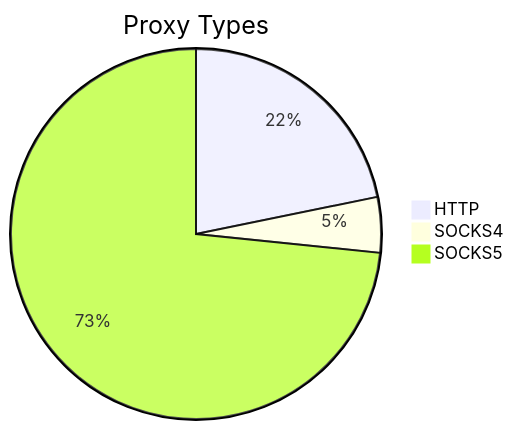
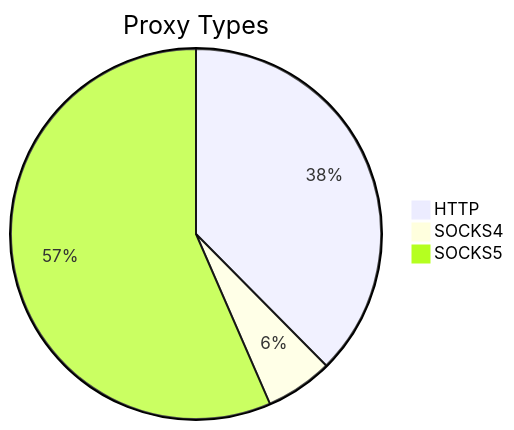
The first of 2 diagrams in README.md (stormsia/proxy-list), drawn with Mermaid before and after one commit. The commit also changed other lines of this file, not shown here.

````diff
--- a/README.md
+++ b/README.md
@@ -21,6 +21,6 @@
 ```mermaid
 pie title Proxy Types
-    "HTTP" : 144
-    "SOCKS4" : 32
-    "SOCKS5" : 485
+    "HTTP" : 115
+    "SOCKS4" : 18
+    "SOCKS5" : 173
 ```
````
